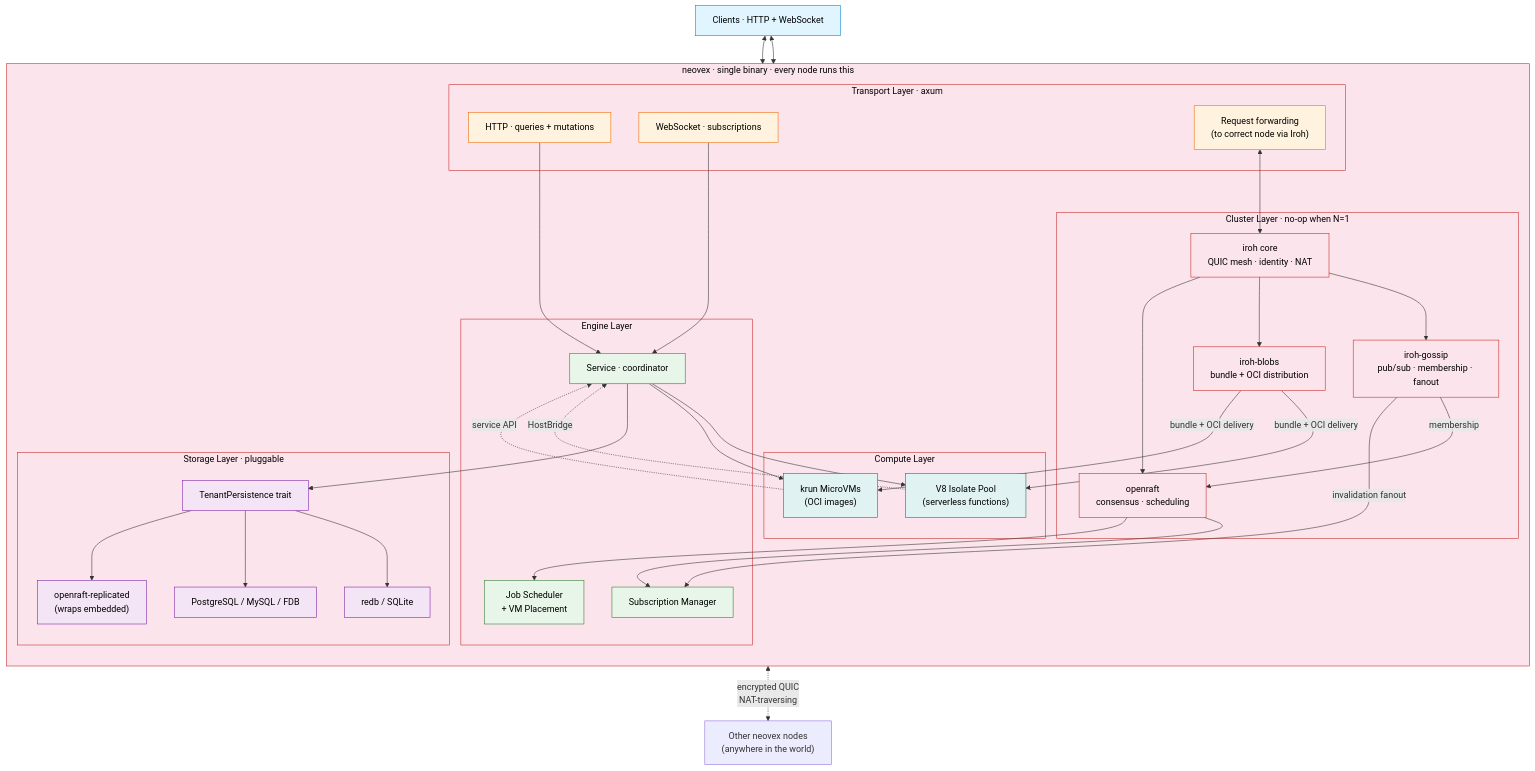
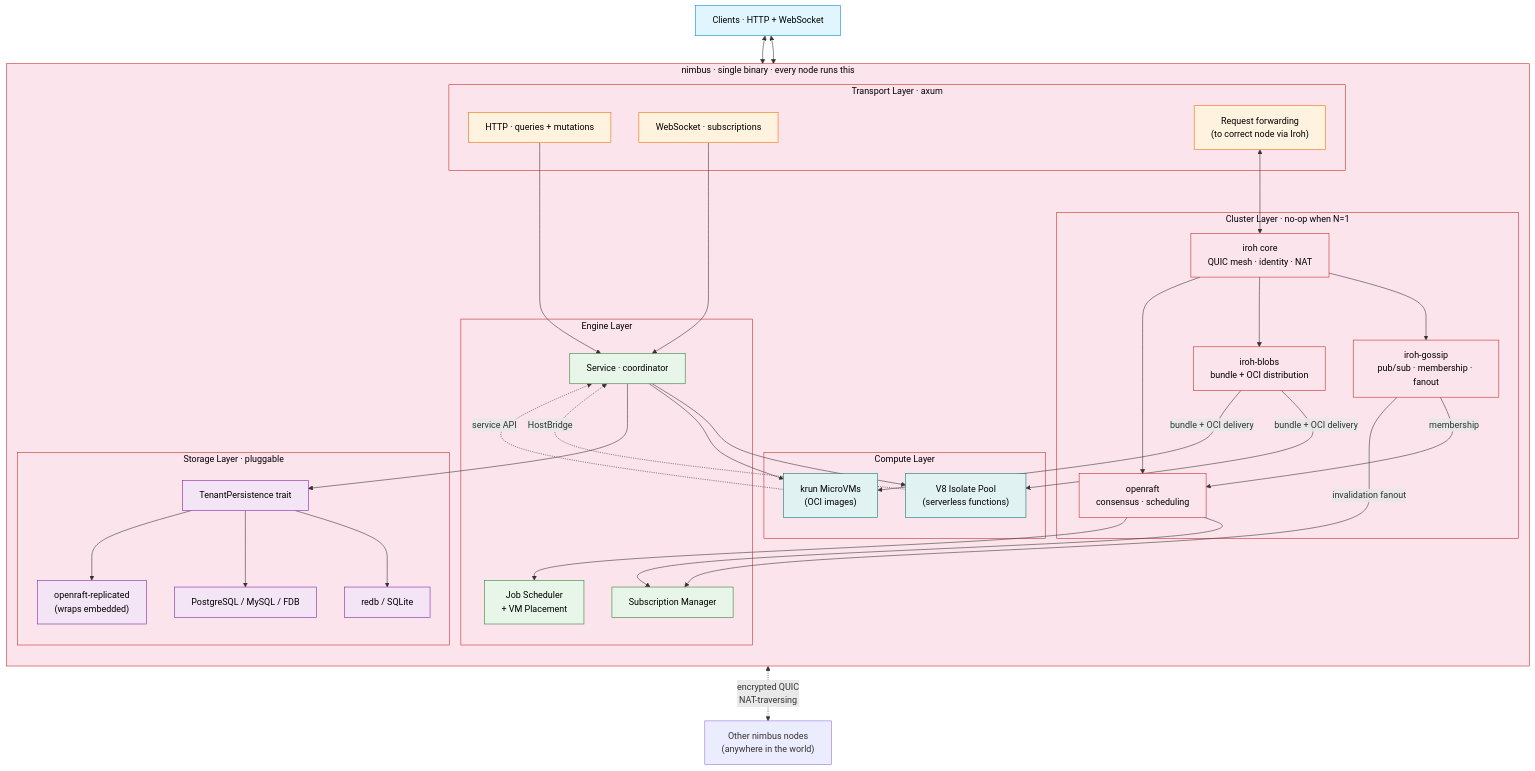
The seventh of 28 diagrams in docs/architecture/horizontal-scaling.md (nimbus/nimbus), drawn with Mermaid before and after one commit. The commit also changed other lines of this file and 6725 other files, not shown here.

First line of the commit message:
rename: complete neovex→nimbus rebrand across entire codebase

````diff
--- a/docs/architecture/horizontal-scaling.md
+++ b/docs/architecture/horizontal-scaling.md
@@ -415,70 +415,70 @@
 ```mermaid
 flowchart TD
     Client["Clients · HTTP + WebSocket"]
 
-    subgraph binary["neovex · single binary · every node runs this"]
+    subgraph binary["nimbus · single binary · every node runs this"]
         direction TB
 
         subgraph transport["Transport Layer · axum"]
             WS["WebSocket · subscriptions"]
             HTTP["HTTP · queries + mutations"]
             Forward["Request forwarding\n(to correct node via Iroh)"]
         end
 
         subgraph cluster["Cluster Layer · no-op when N=1"]
             Iroh["iroh core\nQUIC mesh · identity · NAT"]
             Gossip["iroh-gossip\npub/sub · membership · fanout"]
             Blobs["iroh-blobs\nbundle + OCI distribution"]
             Raft["openraft\nconsensus · scheduling"]
         end
 
         subgraph compute["Compute Layer"]
             V8["V8 Isolate Pool\n(serverless functions)"]
             MicroVM["krun MicroVMs\n(OCI images)"]
         end
 
         subgraph engine["Engine Layer"]
             Service["Service · coordinator"]
             Subscriptions["Subscription Manager"]
             Scheduler["Job Scheduler\n+ VM Placement"]
         end
 
         subgraph storage["Storage Layer · pluggable"]
             Trait["TenantPersistence trait"]
             Embedded["redb / SQLite"]
             External["PostgreSQL / MySQL / FDB"]
             Replicated["openraft-replicated\n(wraps embedded)"]
         end
 
         HTTP & WS --> Service
         Forward <--> Iroh
         Service --> V8 & MicroVM
         V8 -.->|HostBridge| Service
         MicroVM -.->|service API| Service
         Service --> Trait
         Trait --> Embedded & External & Replicated
         Raft --> Subscriptions & Scheduler
         Gossip -->|"membership"| Raft
         Gossip -->|"invalidation fanout"| Subscriptions
         Blobs -->|"bundle + OCI delivery"| V8 & MicroVM
         Iroh --> Gossip & Blobs & Raft
     end
 
-    Peers["Other neovex nodes\n(anywhere in the world)"]
+    Peers["Other nimbus nodes\n(anywhere in the world)"]
     Client <--> HTTP & WS
     Iroh <-.->|"encrypted QUIC\nNAT-traversing"| Peers
 
     classDef client fill:#e1f5fe,stroke:#0288d1,color:#000
     classDef transport fill:#fff3e0,stroke:#ef6c00,color:#000
     classDef cluster fill:#fce4ec,stroke:#c62828,color:#000
     classDef compute fill:#e0f2f1,stroke:#00796b,color:#000
     classDef engine fill:#e8f5e9,stroke:#2e7d32,color:#000
     classDef storage fill:#f3e5f5,stroke:#7b1fa2,color:#000
 
     class Client client
     class WS,HTTP,Forward transport
     class Iroh,Gossip,Blobs,Raft cluster
     class V8,MicroVM compute
     class Service,Subscriptions,Scheduler engine
     class Trait,Embedded,External,Replicated storage
 ```
````
